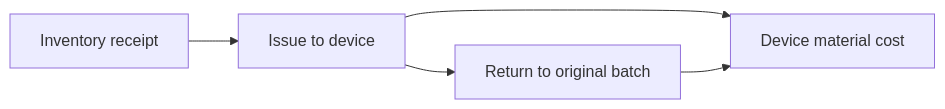
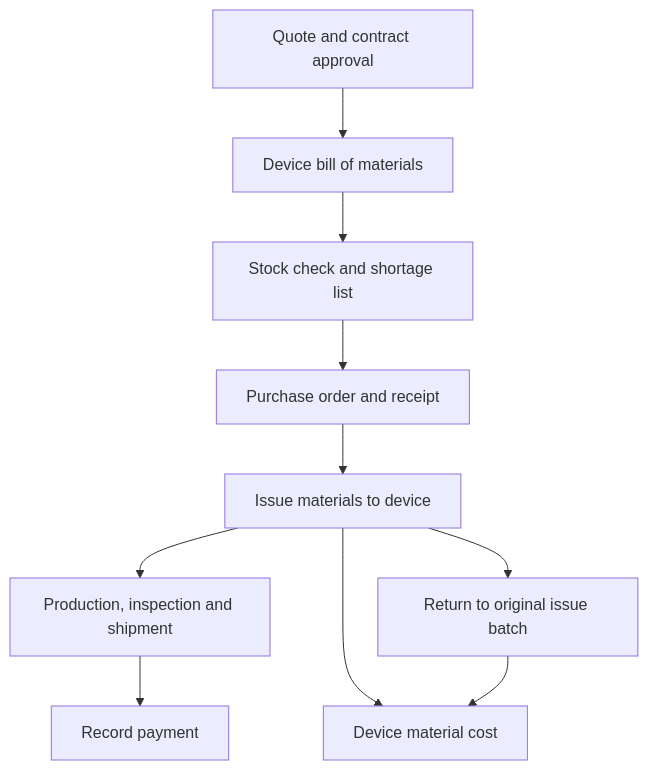
The diagram in projects/mrp.md (eurekasheng/Portfolio), drawn with Mermaid before and after one commit. The commit also changed other lines of this file, not shown here.

````diff
--- a/projects/mrp.md
+++ b/projects/mrp.md
@@ -15,7 +15,12 @@
 ```mermaid
-flowchart LR
-    A[Inventory receipt] --> B[Issue to device]
-    B --> C[Device material cost]
-    B --> D[Return to original batch]
-    D --> C
+flowchart TD
+    A["Quote and contract approval"] --> B["Device bill of materials"]
+    B --> C["Stock check and shortage list"]
+    C --> D["Purchase order and receipt"]
+    D --> E["Issue materials to device"]
+    E --> F["Production, inspection and shipment"]
+    F --> G["Record payment"]
+    E --> H["Device material cost"]
+    E --> I["Return to original issue batch"]
+    I --> H
 ```
````
